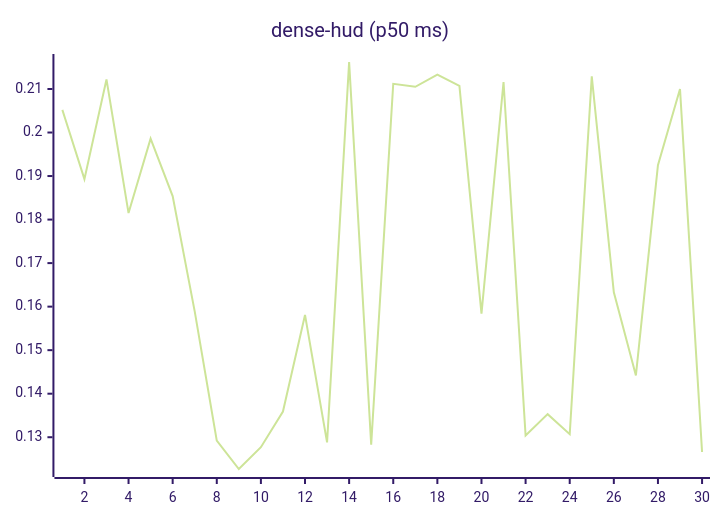
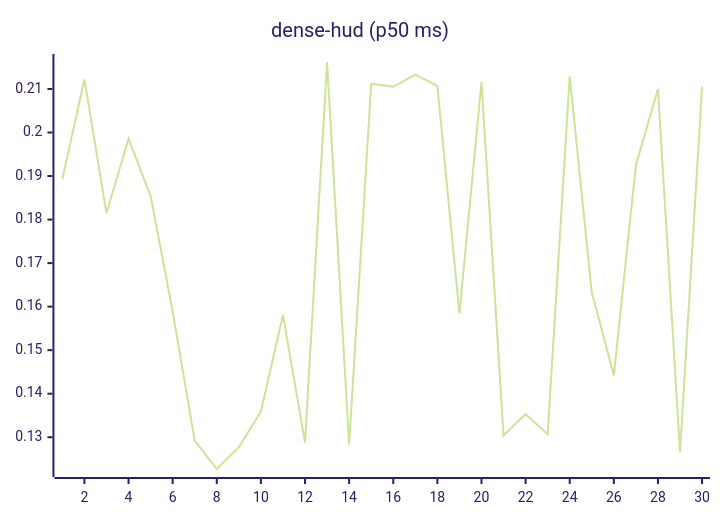
One commit to josha/Facet changed the eighth of 27 diagrams in README.md. Above: the diagram before and after it, drawn with Mermaid (forest theme). The commit also changed other lines of this file and 2 other files, not shown here.

````diff
--- a/README.md
+++ b/README.md
@@ -112,6 +112,6 @@
 ```mermaid
 xychart-beta
     title "dense-hud (p50 ms)"
     x-axis 1 --> 30
-    line [0.2052, 0.1893, 0.2122, 0.1815, 0.1986, 0.1854, 0.1589, 0.1292, 0.1227, 0.1277, 0.1359, 0.1581, 0.1288, 0.2162, 0.1283, 0.2112, 0.2105, 0.2133, 0.2107, 0.1584, 0.2116, 0.1304, 0.1353, 0.1307, 0.2129, 0.1633, 0.1442, 0.1925, 0.2100, 0.1266]
+    line [0.1893, 0.2122, 0.1815, 0.1986, 0.1854, 0.1589, 0.1292, 0.1227, 0.1277, 0.1359, 0.1581, 0.1288, 0.2162, 0.1283, 0.2112, 0.2105, 0.2133, 0.2107, 0.1584, 0.2116, 0.1304, 0.1353, 0.1307, 0.2129, 0.1633, 0.1442, 0.1925, 0.2100, 0.1266, 0.2105]
 ```
````
